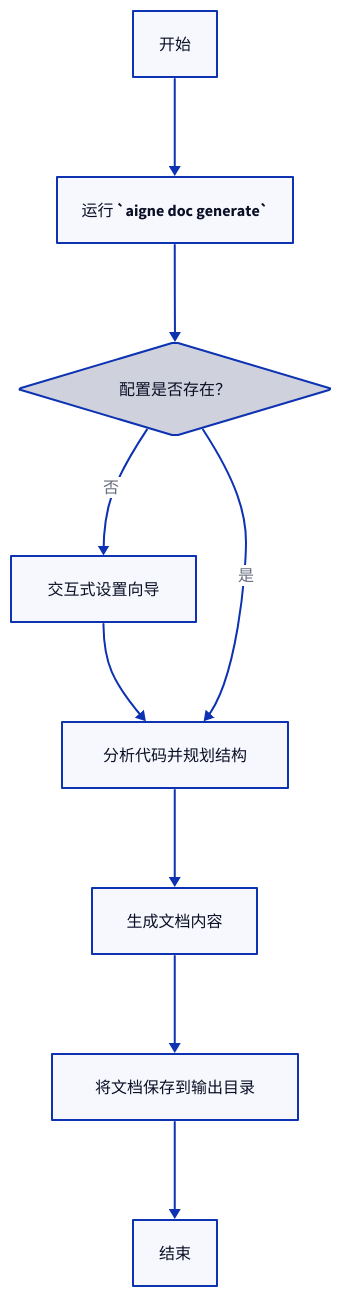
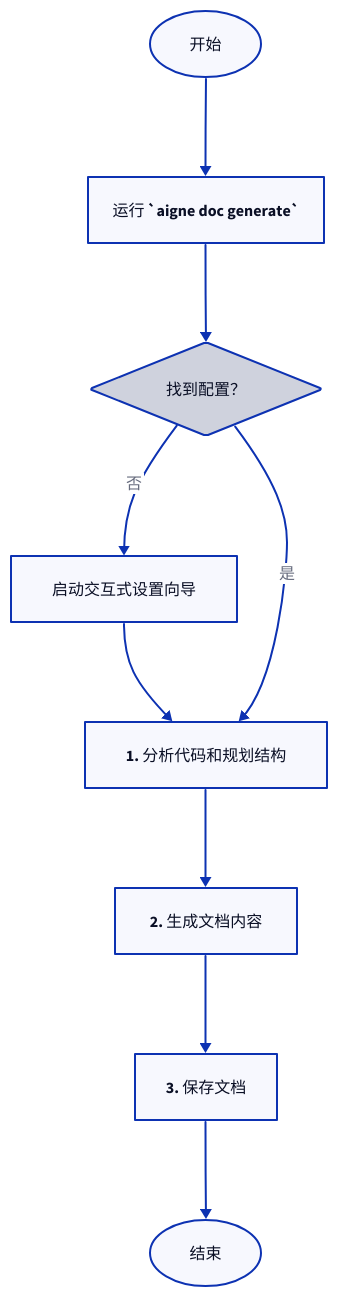
One commit to li-yechao/aigne-doc-smith changed the diagram in docs/features-generate-documentation.zh.md. Above: the diagram before and after it, drawn with D2. The commit also changed other lines of this file and 37 other files, not shown here.

````diff
--- a/docs/features-generate-documentation.zh.md
+++ b/docs/features-generate-documentation.zh.md
@@ -45,20 +41,44 @@
 ```d2
 direction: down
 
-start: "开始"
-run_cmd: "运行 `aigne doc generate`"
-check_config: "配置是否存在？" {
+start: "开始" {
+  shape: oval
+}
+
+run_cmd: "运行 `aigne doc generate`" {
+  shape: rectangle
+}
+
+check_config: "找到配置？" {
   shape: diamond
 }
-interactive_setup: "交互式设置向导"
-plan_structure: "分析代码并规划结构"
-gen_content: "生成文档内容"
-save_docs: "将文档保存到输出目录"
-end: "结束"
 
-start -> run_cmd -> check_config
+interactive_setup: "启动交互式设置向导" {
+  shape: rectangle
+}
+
+plan_structure: "1. 分析代码和规划结构" {
+  shape: rectangle
+}
+
+gen_content: "2. 生成文档内容" {
+  shape: rectangle
+}
+
+save_docs: "3. 保存文档" {
+  shape: rectangle
+}
+
+end: "结束" {
+  shape: oval
+}
+
+start -> run_cmd
+run_cmd -> check_config
 check_config -> interactive_setup: "否"
 interactive_setup -> plan_structure
 check_config -> plan_structure: "是"
-plan_structure -> gen_content -> save_docs -> end
+plan_structure -> gen_content
+gen_content -> save_docs
+save_docs -> end
 ```
````
